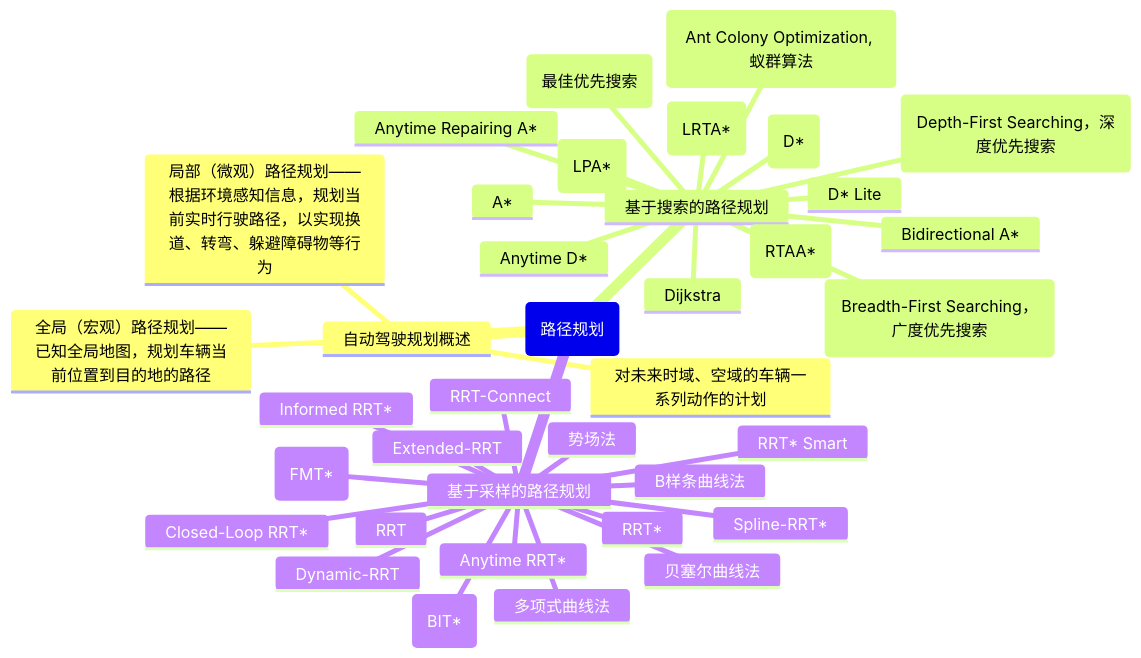
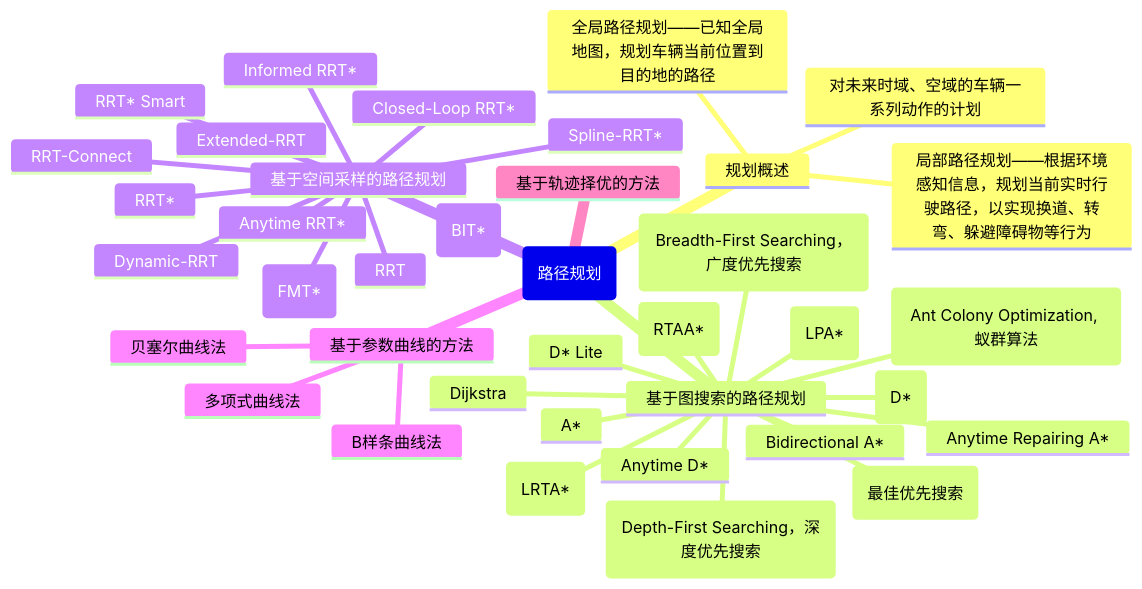
One commit to fenwickxie/notes changed the first of 2 diagrams in automatic_driving/PP/PP.md. Above: the diagram before and after it, drawn with Mermaid. The commit also changed other lines of this file and 1 other file, not shown here.

````diff
--- a/automatic_driving/PP/PP.md
+++ b/automatic_driving/PP/PP.md
@@ -5,42 +5,44 @@
 ```mermaid
 mindmap
   root(路径规划)
-    自动驾驶规划概述
+    规划概述
       对未来时域、空域的车辆一系列动作的计划
-      全局（宏观）路径规划——已知全局地图，规划车辆当前位置到目的地的路径
-      局部（微观）路径规划——根据环境感知信息，规划当前实时行驶路径，以实现换道、转弯、躲避障碍物等行为
-    基于搜索的路径规划
+      全局路径规划——已知全局地图，规划车辆当前位置到目的地的路径
+      局部路径规划——根据环境感知信息，规划当前实时行驶路径，以实现换道、转弯、躲避障碍物等行为
+    基于图搜索的路径规划
       BFS(Breadth-First Searching，广度优先搜索)
       DFS(Depth-First Searching，深度优先搜索)
       Best-First Searching(最佳优先搜索)
       Dijkstra
       ACO(Ant Colony Optimization, 蚁群算法)
       A\*
       Bidirectional A\*
       Anytime Repairing A\*
       Learning Real-time A\* (LRTA*)
       Real-time Adaptive A\* (RTAA*)
       Lifelong Planning A\* (LPA*)
       Dynamic A\* (D\*)
       D\* Lite
       Anytime D\*
-    基于采样的路径规划
+    基于空间采样的路径规划
       RRT
       RRT-Connect
       Extended-RRT
       Dynamic-RRT
       RRT\*
       Informed RRT\*
       RRT* Smart
       Anytime RRT\*
       Closed-Loop RRT\*
       Spline-RRT\*
       Fast Marching Trees (FMT\*)
       Batch Informed Trees (BIT\*)
+    基于参数曲线的方法
       多项式曲线法
-      势场法
       贝塞尔曲线法
       B样条曲线法
+    基于轨迹择优的方法
+      
 
 
 ```
````
